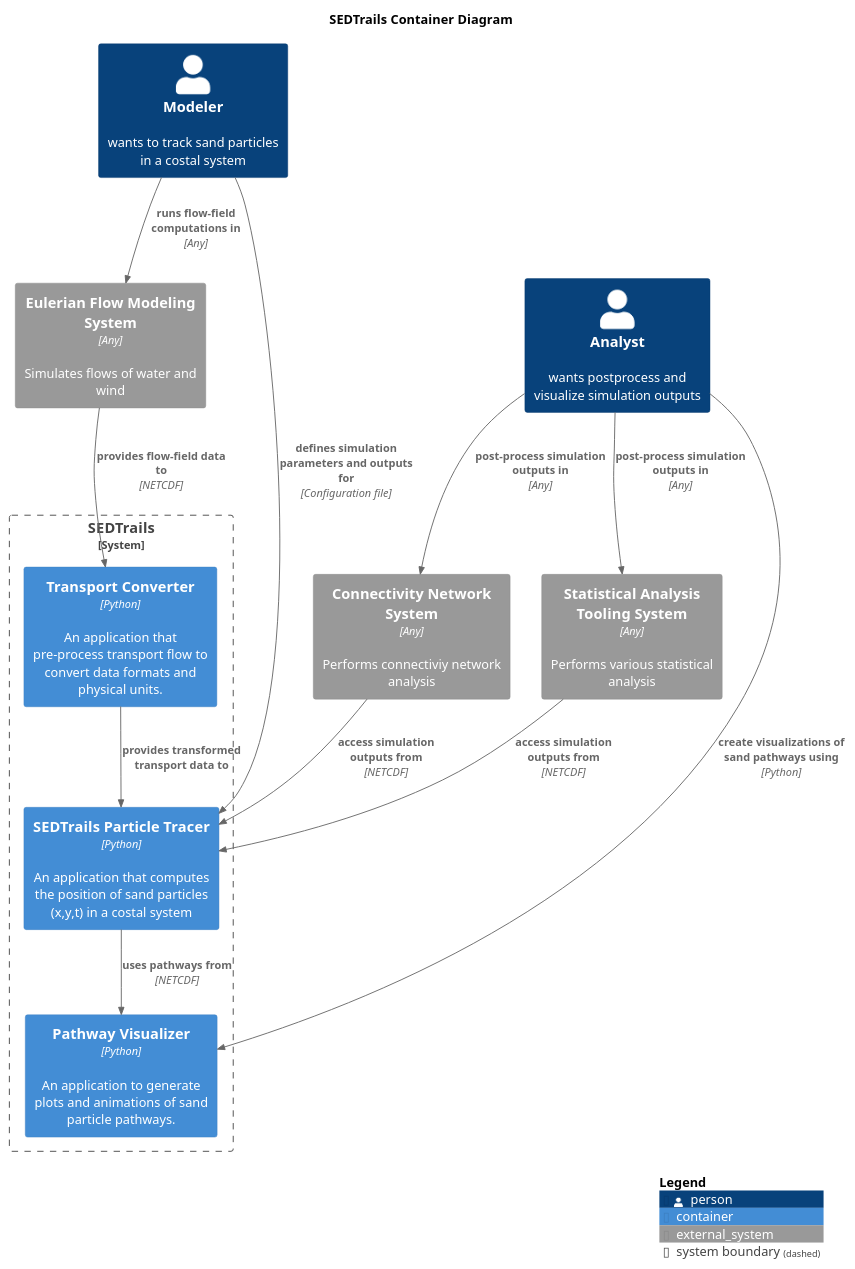
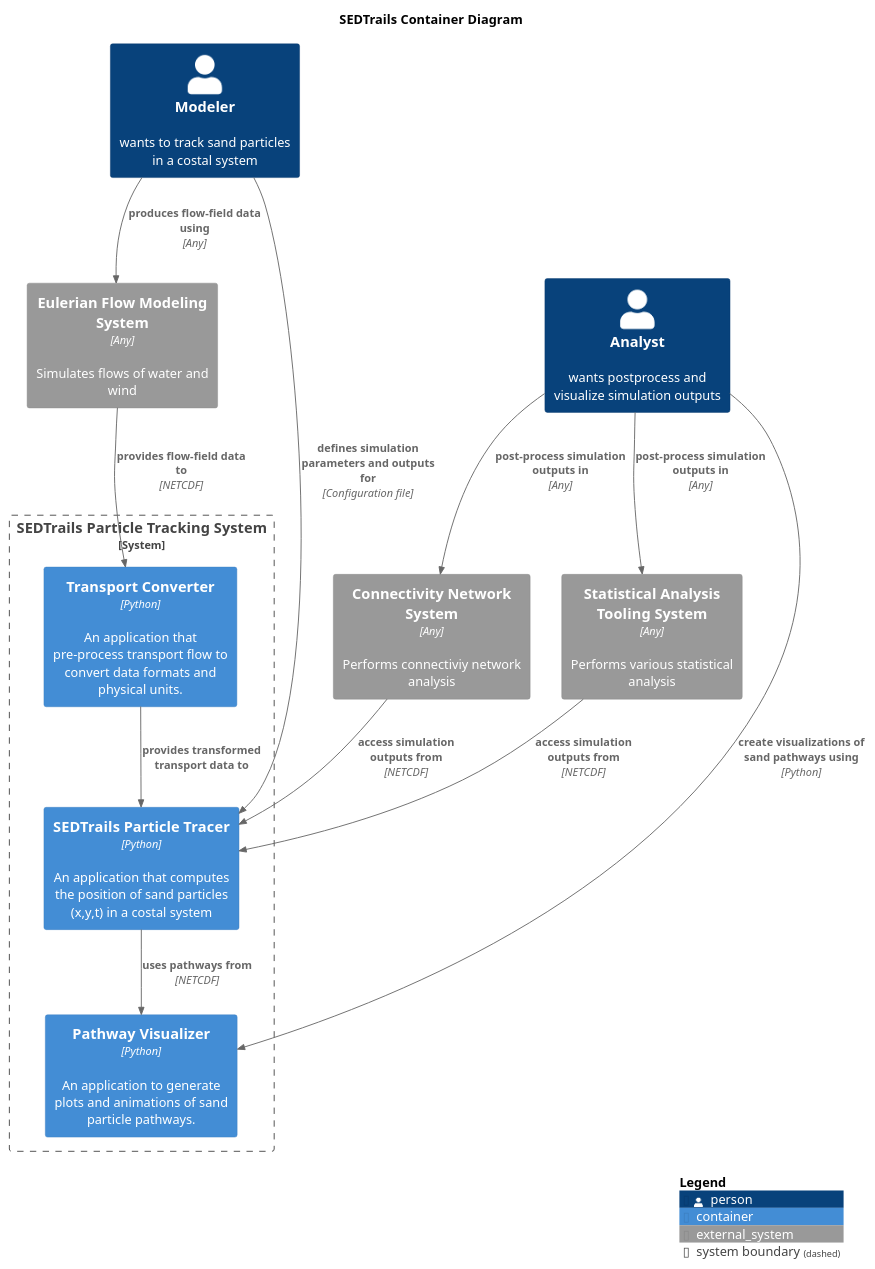
One commit to sgpearson17/sedtrails-sgp changed the diagram in diagrams/containers.puml. Above: the diagram before and after it, drawn with PlantUML.

Commit message:
update container diagram title and refine relationships for clarity

```diff
--- a/diagrams/containers.puml
+++ b/diagrams/containers.puml
@@ -1,39 +1,38 @@
 @startuml SedtrailContainer
 !include <C4/C4_Container>
 
 title SEDTrails Container Diagram
 ' scale 2
 
 Person(modeler, "Modeler", "wants to track sand particles in a costal system")
 Person(analyst, "Analyst", "wants postprocess and visualize simulation outputs")
 
-System_Boundary(sedtrailsSystem, "SEDTrails"){ 
+System_Boundary(sedtrailsSystem, "SEDTrails Particle Tracking System"){ 
     Container(sedtrailsApp, "SEDTrails Particle Tracer", "Python", "An application that computes the position of sand particles (x,y,t) in a costal system")
     Container(transportConverter, "Transport Converter", "Python", "An application that pre-process transport flow to convert data formats and physical units.")
     Container(pathwayVisualizer, "Pathway Visualizer", "Python", "An application to generate plots and animations of sand particle pathways.")
     
     Rel(transportConverter, sedtrailsApp, "provides transformed transport data to")
     Rel(sedtrailsApp, pathwayVisualizer, "uses pathways from", "NETCDF")
 
 }
 
 System_Ext(flowSystem, "Eulerian Flow Modeling System", "Simulates flows of water and wind", $type="Any")
 System_Ext(connectivityNetworkSys, "Connectivity Network System", "Performs connectiviy network analysis", $type="Any")
 System_Ext(statisticsSys, "Statistical Analysis Tooling System", "Performs various statistical analysis", $type="Any")
 
 Rel(modeler, sedtrailsApp, "defines simulation parameters and outputs for", "Configuration file")
 Rel(connectivityNetworkSys, sedtrailsApp, "access simulation outputs from", "NETCDF")
 Rel(statisticsSys, sedtrailsApp, "access simulation outputs from", "NETCDF")
 Rel(analyst, pathwayVisualizer, "create visualizations of sand pathways using", "Python")
 Rel(analyst, connectivityNetworkSys, "post-process simulation outputs in", "Any")
 Rel(analyst, statisticsSys, "post-process simulation outputs in", "Any")
 
 
-
-Rel(modeler, flowSystem, "runs flow-field computations in", "Any")
+Rel(modeler, flowSystem, "produces flow-field data using", "Any")
 
 Rel(flowSystem, transportConverter, "provides flow-field data to ", "NETCDF")
 
 
 SHOW_LEGEND()
 @enduml
```
